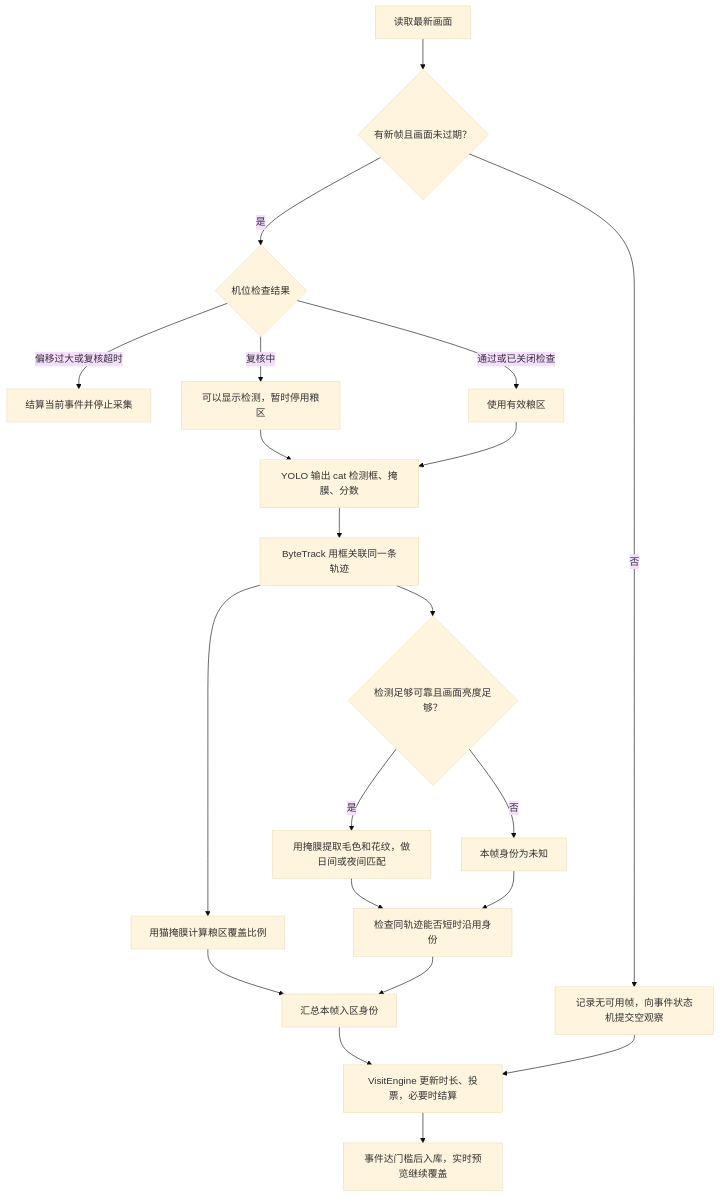
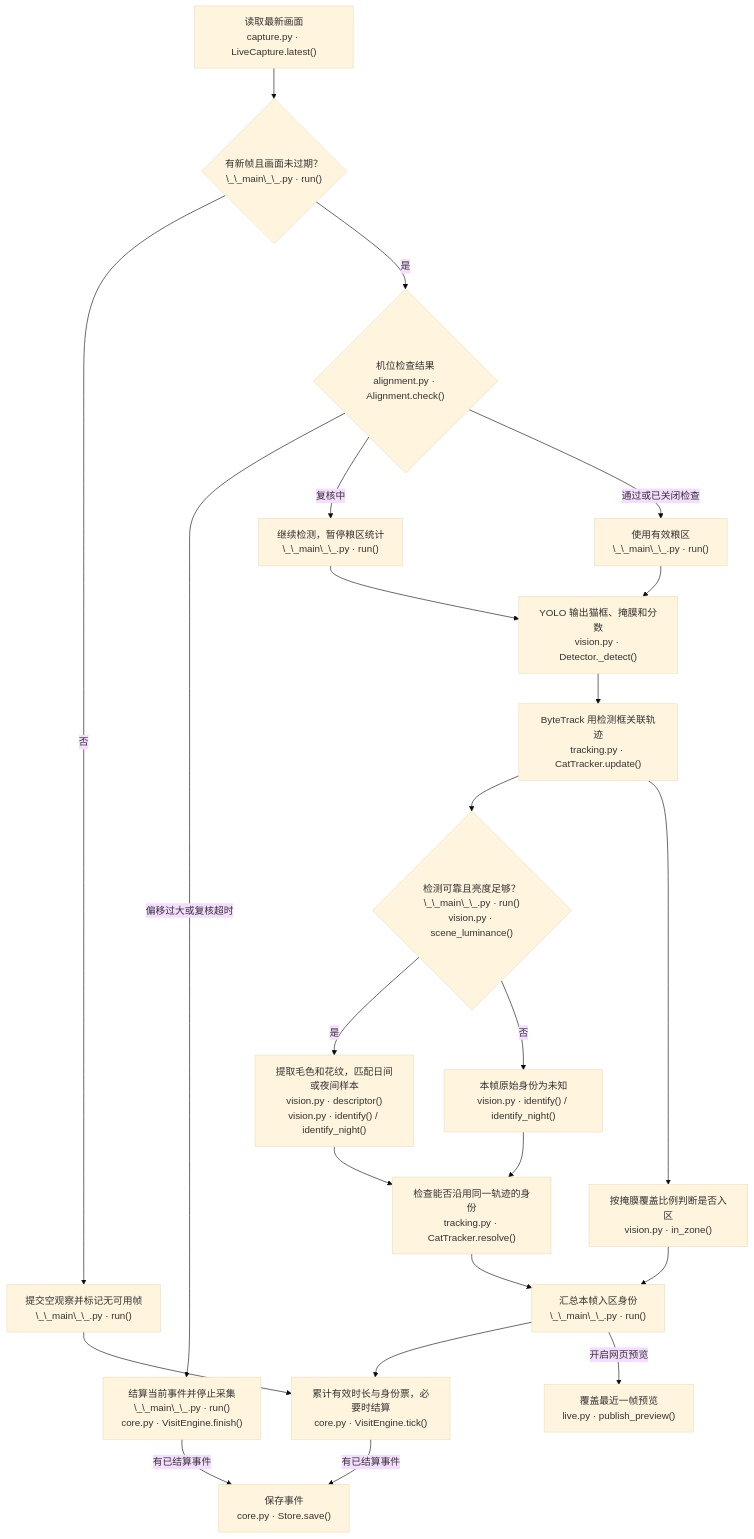
One commit to hygambler/double-cat-monitor changed the second of 4 diagrams in docs/CODE_LEARNING_GUIDE.md. Above: the diagram before and after it, drawn with Mermaid (base theme). The commit also changed other lines of this file, not shown here.

Commit message:
docs: label workflow diagrams with Python files

````diff
--- a/docs/CODE_LEARNING_GUIDE.md
+++ b/docs/CODE_LEARNING_GUIDE.md
@@ -37,23 +36,25 @@
 ```mermaid
 flowchart TD
-    A["读取最新画面"] --> B{"有新帧且画面未过期？"}
-    B -->|"否"| C["记录无可用帧，向事件状态机提交空观察"]
-    B -->|"是"| D{"机位检查结果"}
-    D -->|"偏移过大或复核超时"| E["结算当前事件并停止采集"]
-    D -->|"复核中"| F["可以显示检测，暂时停用粮区"]
-    D -->|"通过或已关闭检查"| G["使用有效粮区"]
-    F --> H["YOLO 输出 cat 检测框、掩膜、分数"]
+    A["读取最新画面<br/>capture.py · LiveCapture.latest()"] --> B{"有新帧且画面未过期？<br/>\_\_main\_\_.py · run()"}
+    B -->|"否"| C["提交空观察并标记无可用帧<br/>\_\_main\_\_.py · run()"]
+    B -->|"是"| D{"机位检查结果<br/>alignment.py · Alignment.check()"}
+    D -->|"偏移过大或复核超时"| E["结算当前事件并停止采集<br/>\_\_main\_\_.py · run()<br/>core.py · VisitEngine.finish()"]
+    D -->|"复核中"| F["继续检测，暂停粮区统计<br/>\_\_main\_\_.py · run()"]
+    D -->|"通过或已关闭检查"| G["使用有效粮区<br/>\_\_main\_\_.py · run()"]
+    F --> H["YOLO 输出猫框、掩膜和分数<br/>vision.py · Detector._detect()"]
     G --> H
-    H --> I["ByteTrack 用框关联同一条轨迹"]
-    I --> J{"检测足够可靠且画面亮度足够？"}
-    J -->|"是"| K["用掩膜提取毛色和花纹，做日间或夜间匹配"]
-    J -->|"否"| L["本帧身份为未知"]
-    I --> M["用猫掩膜计算粮区覆盖比例"]
-    K --> N["检查同轨迹能否短时沿用身份"]
+    H --> I["ByteTrack 用检测框关联轨迹<br/>tracking.py · CatTracker.update()"]
+    I --> J{"检测可靠且亮度足够？<br/>\_\_main\_\_.py · run()<br/>vision.py · scene_luminance()"}
+    J -->|"是"| K["提取毛色和花纹，匹配日间或夜间样本<br/>vision.py · descriptor()<br/>vision.py · identify() / identify_night()"]
+    J -->|"否"| L["本帧原始身份为未知<br/>vision.py · identify() / identify_night()"]
+    I --> M["按掩膜覆盖比例判断是否入区<br/>vision.py · in_zone()"]
+    K --> N["检查能否沿用同一轨迹的身份<br/>tracking.py · CatTracker.resolve()"]
     L --> N
-    M --> O["汇总本帧入区身份"]
+    M --> O["汇总本帧入区身份<br/>\_\_main\_\_.py · run()"]
     N --> O
-    O --> P["VisitEngine 更新时长、投票，必要时结算"]
+    O --> P["累计有效时长与身份票，必要时结算<br/>core.py · VisitEngine.tick()"]
     C --> P
-    P --> Q["事件达门槛后入库，实时预览继续覆盖"]
+    P -->|"有已结算事件"| Q["保存事件<br/>core.py · Store.save()"]
+    E -->|"有已结算事件"| Q
+    O -->|"开启网页预览"| R["覆盖最近一帧预览<br/>live.py · publish_preview()"]
 ```
````
